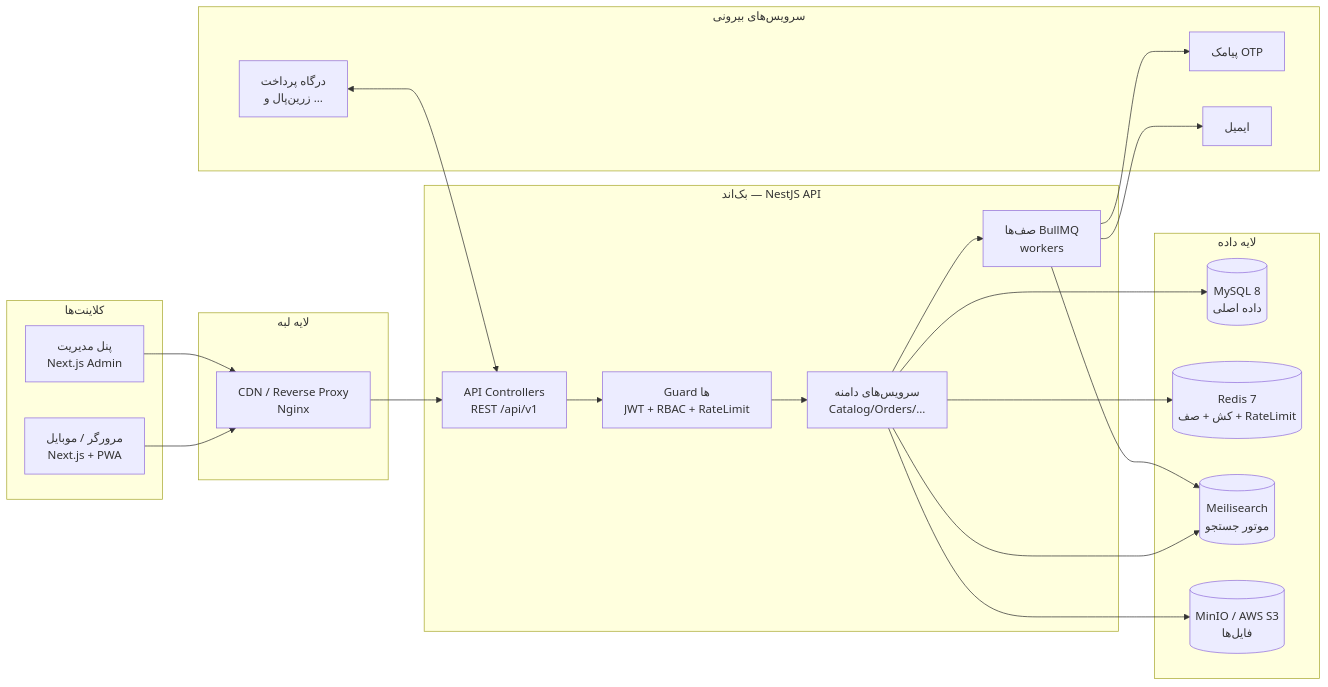
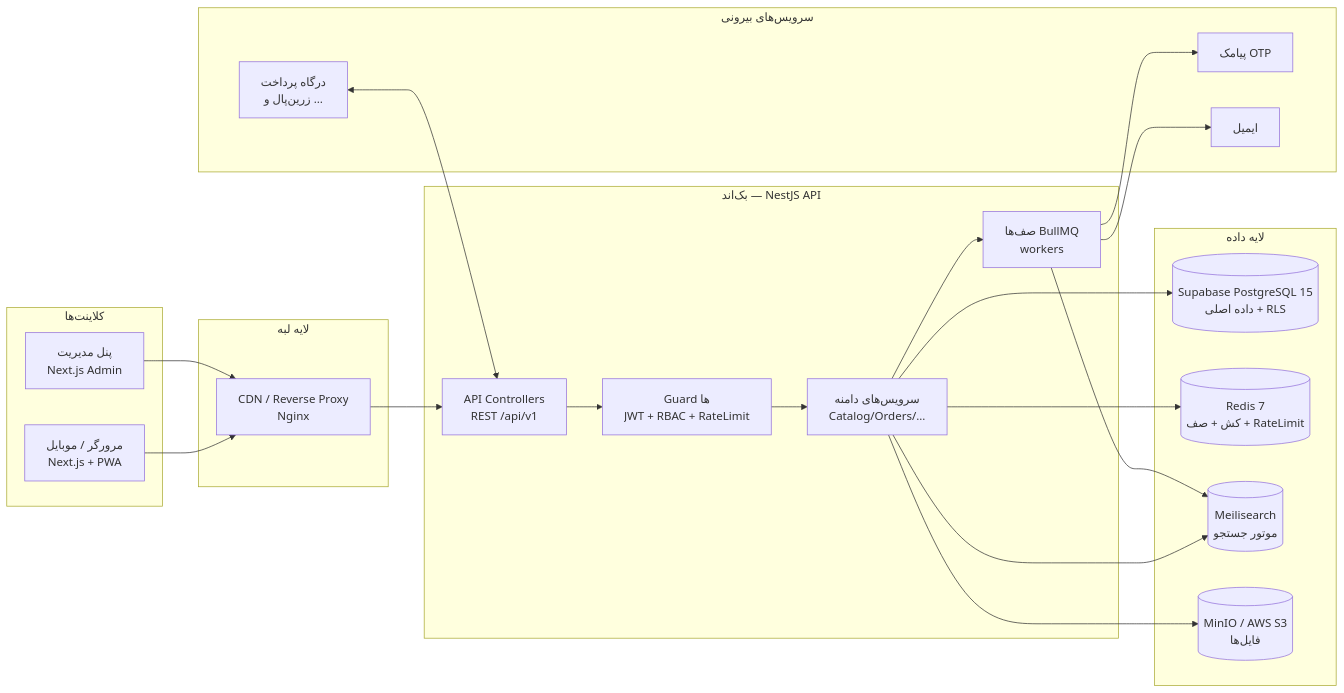
One commit to vahidaskari1365/karzintell changed the diagram in docs/01-architecture.md. Above: the diagram before and after it, drawn with Mermaid. The commit also changed other lines of this file and 74 other files, not shown here.

Commit message:
feat: migrate store to Supabase PostgreSQL

````diff
--- a/docs/01-architecture.md
+++ b/docs/01-architecture.md
@@ -10,44 +10,44 @@
 ```mermaid
 flowchart LR
     subgraph Clients["کلاینت‌ها"]
         B[مرورگر / موبایل<br/>Next.js + PWA]
         AD[پنل مدیریت<br/>Next.js Admin]
     end
 
     subgraph Edge["لایه لبه"]
         CDN[CDN / Reverse Proxy<br/>Nginx]
     end
 
     subgraph Backend["بک‌اند — NestJS API"]
         AC[API Controllers<br/>REST /api/v1]
         GUARDS[Guard ها<br/>JWT + RBAC + RateLimit]
         SVC[سرویس‌های دامنه<br/>Catalog/Orders/...]
         Q[صف‌ها BullMQ<br/>workers]
     end
 
     subgraph Data["لایه داده"]
-        DB[(MySQL 8<br/>داده اصلی)]
+        DB[(Supabase PostgreSQL 15<br/>داده اصلی + RLS)]
         RD[(Redis 7<br/>کش + صف + RateLimit)]
         MS[(Meilisearch<br/>موتور جستجو)]
         S3[(MinIO / AWS S3<br/>فایل‌ها)]
     end
 
     subgraph Ext["سرویس‌های بیرونی"]
         PAY[درگاه پرداخت<br/>زرین‌پال و …]
         SMS[پیامک OTP]
         MAIL[ایمیل]
     end
 
     B --> CDN --> AC
     AD --> CDN
     AC --> GUARDS --> SVC
     SVC --> DB
     SVC --> RD
     SVC --> MS
     SVC --> S3
     SVC --> Q
     Q --> SMS
     Q --> MAIL
     Q --> MS
     PAY <--> AC
 ```
````
